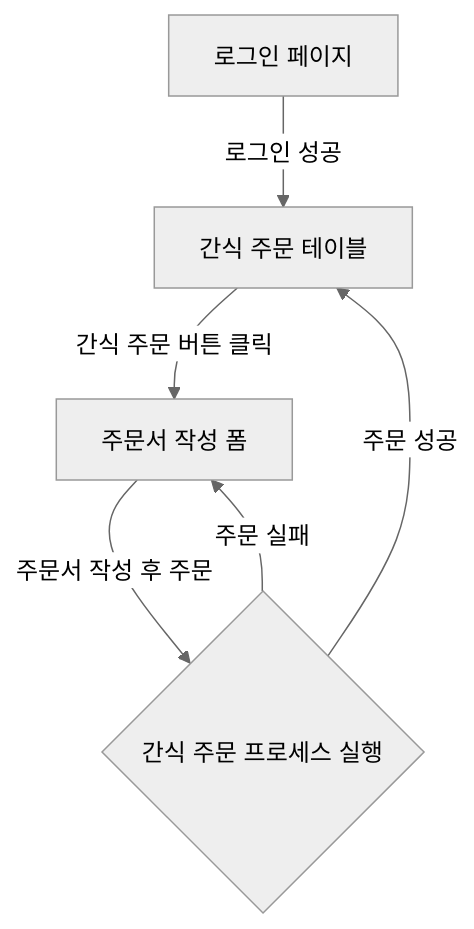
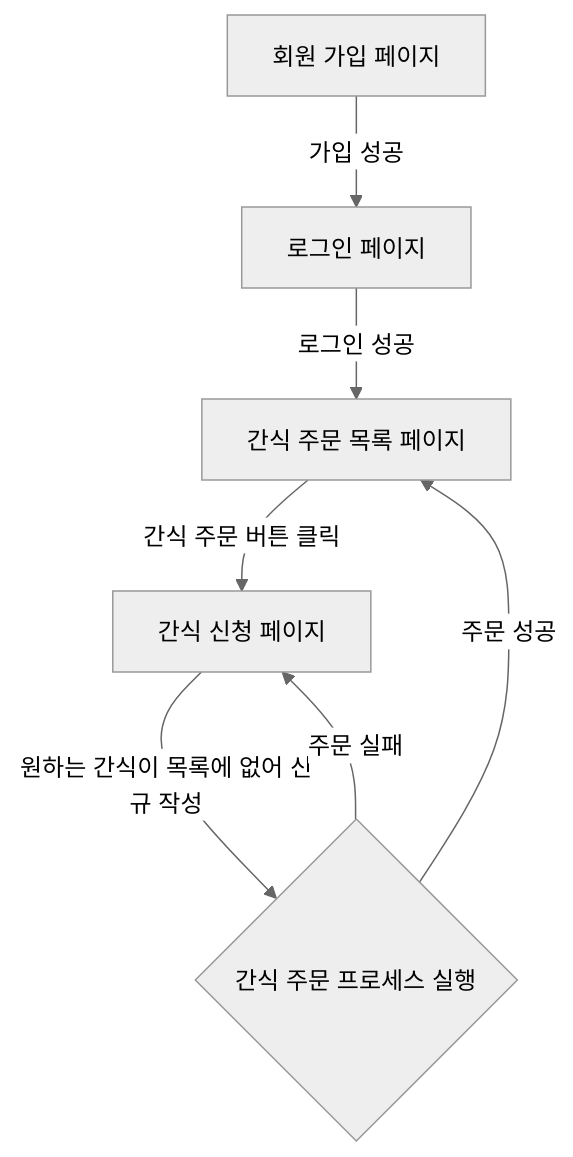
One commit to orchwang/snack-manager-server changed the first of 4 diagrams in README.md. Above: the diagram before and after it, drawn with Mermaid (neutral theme). The commit also changed other lines of this file, not shown here.

````diff
--- a/README.md
+++ b/README.md
@@ -231,8 +235,16 @@
 ```mermaid
 flowchart TD
-    A[로그인 페이지] --> |로그인 성공| B[간식 주문 테이블]
-    B[간식 주문 테이블] --> |간식 주문 버튼 클릭| C[주문서 작성 폼]
-    C[주문서 작성 폼] --> |주문서 작성 후 주문| D{간식 주문 프로세스 실행}
-    D{간식 주문 프로세스 실행} --> |주문 성공| B[간식 주문 테이블]
-    D{간식 주문 프로세스 실행} --> |주문 실패| C[주문서 작성 폼]
+    signup[회원 가입 페이지]
+    login[로그인 페이지]
+    orderlist[간식 주문 목록 페이지]
+    order[간식 신청 페이지]
+    
+    orderprocess{간식 주문 프로세스 실행}
+    
+    signup --> |가입 성공| login
+    login --> |로그인 성공| orderlist
+    orderlist --> |간식 주문 버튼 클릭| order
+    order --> |원하는 간식이 목록에 없어 신규 작성| orderprocess
+    orderprocess --> |주문 성공| orderlist
+    orderprocess --> |주문 실패| order
 ```
````
